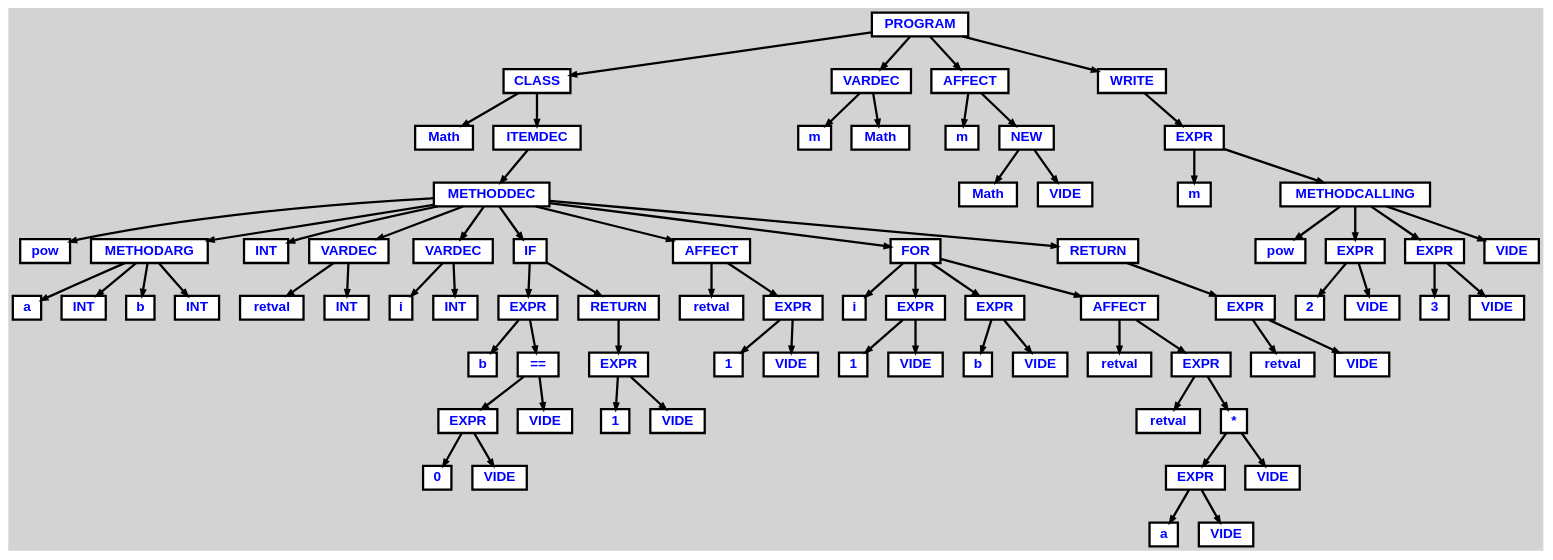
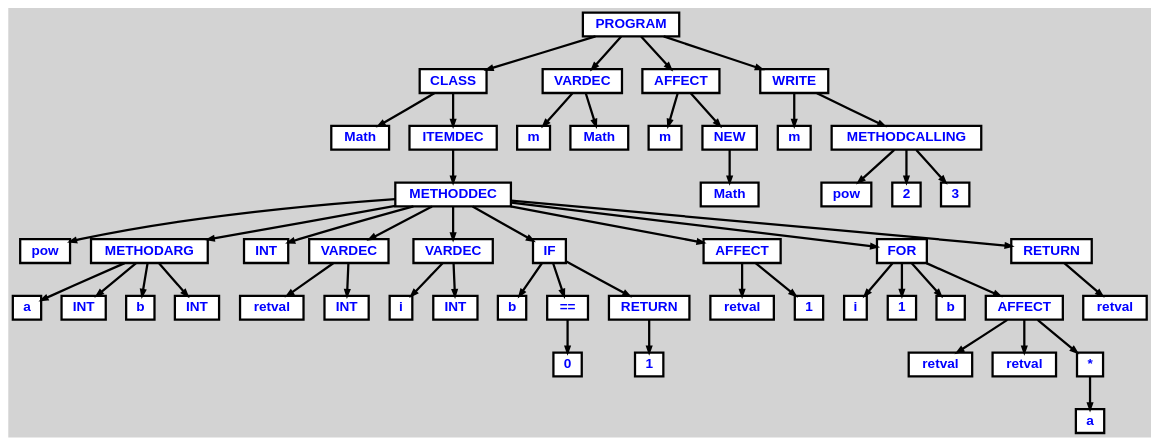
One commit to AOSauron/compiler-clooc changed the diagram in AST/ASTprog2.dot. Above: the diagram before and after it, drawn with Graphviz. The commit also changed other lines of this file and 6 other files, not shown here.

```diff
--- a/AST/ASTprog2.dot
+++ b/AST/ASTprog2.dot
@@ -1,193 +1,131 @@
 digraph {
 
 	ordering=out;
 	ranksep=.4;
 	bgcolor="lightgrey"; node [shape=box, fixedsize=false, fontsize=12, fontname="Helvetica-bold", fontcolor="blue"
 		width=.25, height=.25, color="black", fillcolor="white", style="filled, solid, bold"];
 	edge [arrowsize=.5, color="black", style="bold"]
 
   n0 [label="PROGRAM"];
   n1 [label="CLASS"];
   n1 [label="CLASS"];
   n2 [label="Math"];
   n3 [label="ITEMDEC"];
   n3 [label="ITEMDEC"];
   n4 [label="METHODDEC"];
   n4 [label="METHODDEC"];
   n5 [label="pow"];
   n6 [label="METHODARG"];
   n6 [label="METHODARG"];
   n7 [label="a"];
   n8 [label="INT"];
   n9 [label="b"];
   n10 [label="INT"];
   n11 [label="INT"];
   n12 [label="VARDEC"];
   n12 [label="VARDEC"];
   n13 [label="retval"];
   n14 [label="INT"];
   n15 [label="VARDEC"];
   n15 [label="VARDEC"];
   n16 [label="i"];
   n17 [label="INT"];
   n18 [label="IF"];
   n18 [label="IF"];
-  n19 [label="EXPR"];
-  n19 [label="EXPR"];
-  n20 [label="b"];
-  n21 [label="=="];
-  n21 [label="=="];
-  n22 [label="EXPR"];
-  n22 [label="EXPR"];
-  n23 [label="0"];
-  n24 [label="VIDE"];
-  n25 [label="VIDE"];
-  n26 [label="RETURN"];
-  n26 [label="RETURN"];
-  n27 [label="EXPR"];
-  n27 [label="EXPR"];
-  n28 [label="1"];
-  n29 [label="VIDE"];
-  n30 [label="AFFECT"];
-  n30 [label="AFFECT"];
-  n31 [label="retval"];
-  n32 [label="EXPR"];
-  n32 [label="EXPR"];
-  n33 [label="1"];
-  n34 [label="VIDE"];
-  n35 [label="FOR"];
-  n35 [label="FOR"];
-  n36 [label="i"];
-  n37 [label="EXPR"];
-  n37 [label="EXPR"];
-  n38 [label="1"];
-  n39 [label="VIDE"];
-  n40 [label="EXPR"];
-  n40 [label="EXPR"];
-  n41 [label="b"];
-  n42 [label="VIDE"];
-  n43 [label="AFFECT"];
-  n43 [label="AFFECT"];
-  n44 [label="retval"];
-  n45 [label="EXPR"];
-  n45 [label="EXPR"];
-  n46 [label="retval"];
-  n47 [label="*"];
-  n47 [label="*"];
-  n48 [label="EXPR"];
-  n48 [label="EXPR"];
-  n49 [label="a"];
-  n50 [label="VIDE"];
-  n51 [label="VIDE"];
-  n52 [label="RETURN"];
-  n52 [label="RETURN"];
-  n53 [label="EXPR"];
-  n53 [label="EXPR"];
-  n54 [label="retval"];
-  n55 [label="VIDE"];
-  n56 [label="VARDEC"];
-  n56 [label="VARDEC"];
-  n57 [label="m"];
-  n58 [label="Math"];
-  n59 [label="AFFECT"];
-  n59 [label="AFFECT"];
-  n60 [label="m"];
-  n61 [label="NEW"];
-  n61 [label="NEW"];
-  n62 [label="Math"];
-  n63 [label="VIDE"];
-  n64 [label="WRITE"];
-  n64 [label="WRITE"];
-  n65 [label="EXPR"];
-  n65 [label="EXPR"];
-  n66 [label="m"];
-  n67 [label="METHODCALLING"];
-  n67 [label="METHODCALLING"];
-  n68 [label="pow"];
-  n69 [label="EXPR"];
-  n69 [label="EXPR"];
-  n70 [label="2"];
-  n71 [label="VIDE"];
-  n72 [label="EXPR"];
-  n72 [label="EXPR"];
-  n73 [label="3"];
-  n74 [label="VIDE"];
-  n75 [label="VIDE"];
+  n19 [label="b"];
+  n20 [label="=="];
+  n20 [label="=="];
+  n21 [label="0"];
+  n22 [label="RETURN"];
+  n22 [label="RETURN"];
+  n23 [label="1"];
+  n24 [label="AFFECT"];
+  n24 [label="AFFECT"];
+  n25 [label="retval"];
+  n26 [label="1"];
+  n27 [label="FOR"];
+  n27 [label="FOR"];
+  n28 [label="i"];
+  n29 [label="1"];
+  n30 [label="b"];
+  n31 [label="AFFECT"];
+  n31 [label="AFFECT"];
+  n32 [label="retval"];
+  n33 [label="retval"];
+  n34 [label="*"];
+  n34 [label="*"];
+  n35 [label="a"];
+  n36 [label="RETURN"];
+  n36 [label="RETURN"];
+  n37 [label="retval"];
+  n38 [label="VARDEC"];
+  n38 [label="VARDEC"];
+  n39 [label="m"];
+  n40 [label="Math"];
+  n41 [label="AFFECT"];
+  n41 [label="AFFECT"];
+  n42 [label="m"];
+  n43 [label="NEW"];
+  n43 [label="NEW"];
+  n44 [label="Math"];
+  n45 [label="WRITE"];
+  n45 [label="WRITE"];
+  n46 [label="m"];
+  n47 [label="METHODCALLING"];
+  n47 [label="METHODCALLING"];
+  n48 [label="pow"];
+  n49 [label="2"];
+  n50 [label="3"];
 
   n0 -> n1 // "PROGRAM" -> "CLASS"
   n1 -> n2 // "CLASS" -> "Math"
   n1 -> n3 // "CLASS" -> "ITEMDEC"
   n3 -> n4 // "ITEMDEC" -> "METHODDEC"
   n4 -> n5 // "METHODDEC" -> "pow"
   n4 -> n6 // "METHODDEC" -> "METHODARG"
   n6 -> n7 // "METHODARG" -> "a"
   n6 -> n8 // "METHODARG" -> "INT"
   n6 -> n9 // "METHODARG" -> "b"
   n6 -> n10 // "METHODARG" -> "INT"
   n4 -> n11 // "METHODDEC" -> "INT"
   n4 -> n12 // "METHODDEC" -> "VARDEC"
   n12 -> n13 // "VARDEC" -> "retval"
   n12 -> n14 // "VARDEC" -> "INT"
   n4 -> n15 // "METHODDEC" -> "VARDEC"
   n15 -> n16 // "VARDEC" -> "i"
   n15 -> n17 // "VARDEC" -> "INT"
   n4 -> n18 // "METHODDEC" -> "IF"
-  n18 -> n19 // "IF" -> "EXPR"
-  n19 -> n20 // "EXPR" -> "b"
-  n19 -> n21 // "EXPR" -> "=="
-  n21 -> n22 // "==" -> "EXPR"
-  n22 -> n23 // "EXPR" -> "0"
-  n22 -> n24 // "EXPR" -> "VIDE"
-  n21 -> n25 // "==" -> "VIDE"
-  n18 -> n26 // "IF" -> "RETURN"
-  n26 -> n27 // "RETURN" -> "EXPR"
-  n27 -> n28 // "EXPR" -> "1"
-  n27 -> n29 // "EXPR" -> "VIDE"
-  n4 -> n30 // "METHODDEC" -> "AFFECT"
-  n30 -> n31 // "AFFECT" -> "retval"
-  n30 -> n32 // "AFFECT" -> "EXPR"
-  n32 -> n33 // "EXPR" -> "1"
-  n32 -> n34 // "EXPR" -> "VIDE"
-  n4 -> n35 // "METHODDEC" -> "FOR"
-  n35 -> n36 // "FOR" -> "i"
-  n35 -> n37 // "FOR" -> "EXPR"
-  n37 -> n38 // "EXPR" -> "1"
-  n37 -> n39 // "EXPR" -> "VIDE"
-  n35 -> n40 // "FOR" -> "EXPR"
-  n40 -> n41 // "EXPR" -> "b"
-  n40 -> n42 // "EXPR" -> "VIDE"
-  n35 -> n43 // "FOR" -> "AFFECT"
-  n43 -> n44 // "AFFECT" -> "retval"
-  n43 -> n45 // "AFFECT" -> "EXPR"
-  n45 -> n46 // "EXPR" -> "retval"
-  n45 -> n47 // "EXPR" -> "*"
-  n47 -> n48 // "*" -> "EXPR"
-  n48 -> n49 // "EXPR" -> "a"
-  n48 -> n50 // "EXPR" -> "VIDE"
-  n47 -> n51 // "*" -> "VIDE"
-  n4 -> n52 // "METHODDEC" -> "RETURN"
-  n52 -> n53 // "RETURN" -> "EXPR"
-  n53 -> n54 // "EXPR" -> "retval"
-  n53 -> n55 // "EXPR" -> "VIDE"
-  n0 -> n56 // "PROGRAM" -> "VARDEC"
-  n56 -> n57 // "VARDEC" -> "m"
-  n56 -> n58 // "VARDEC" -> "Math"
-  n0 -> n59 // "PROGRAM" -> "AFFECT"
-  n59 -> n60 // "AFFECT" -> "m"
-  n59 -> n61 // "AFFECT" -> "NEW"
-  n61 -> n62 // "NEW" -> "Math"
-  n61 -> n63 // "NEW" -> "VIDE"
-  n0 -> n64 // "PROGRAM" -> "WRITE"
-  n64 -> n65 // "WRITE" -> "EXPR"
-  n65 -> n66 // "EXPR" -> "m"
-  n65 -> n67 // "EXPR" -> "METHODCALLING"
-  n67 -> n68 // "METHODCALLING" -> "pow"
-  n67 -> n69 // "METHODCALLING" -> "EXPR"
-  n69 -> n70 // "EXPR" -> "2"
-  n69 -> n71 // "EXPR" -> "VIDE"
-  n67 -> n72 // "METHODCALLING" -> "EXPR"
-  n72 -> n73 // "EXPR" -> "3"
-  n72 -> n74 // "EXPR" -> "VIDE"
-  n67 -> n75 // "METHODCALLING" -> "VIDE"
+  n18 -> n19 // "IF" -> "b"
+  n18 -> n20 // "IF" -> "=="
+  n20 -> n21 // "==" -> "0"
+  n18 -> n22 // "IF" -> "RETURN"
+  n22 -> n23 // "RETURN" -> "1"
+  n4 -> n24 // "METHODDEC" -> "AFFECT"
+  n24 -> n25 // "AFFECT" -> "retval"
+  n24 -> n26 // "AFFECT" -> "1"
+  n4 -> n27 // "METHODDEC" -> "FOR"
+  n27 -> n28 // "FOR" -> "i"
+  n27 -> n29 // "FOR" -> "1"
+  n27 -> n30 // "FOR" -> "b"
+  n27 -> n31 // "FOR" -> "AFFECT"
+  n31 -> n32 // "AFFECT" -> "retval"
+  n31 -> n33 // "AFFECT" -> "retval"
+  n31 -> n34 // "AFFECT" -> "*"
+  n34 -> n35 // "*" -> "a"
+  n4 -> n36 // "METHODDEC" -> "RETURN"
+  n36 -> n37 // "RETURN" -> "retval"
+  n0 -> n38 // "PROGRAM" -> "VARDEC"
+  n38 -> n39 // "VARDEC" -> "m"
+  n38 -> n40 // "VARDEC" -> "Math"
+  n0 -> n41 // "PROGRAM" -> "AFFECT"
+  n41 -> n42 // "AFFECT" -> "m"
+  n41 -> n43 // "AFFECT" -> "NEW"
+  n43 -> n44 // "NEW" -> "Math"
+  n0 -> n45 // "PROGRAM" -> "WRITE"
+  n45 -> n46 // "WRITE" -> "m"
+  n45 -> n47 // "WRITE" -> "METHODCALLING"
+  n47 -> n48 // "METHODCALLING" -> "pow"
+  n47 -> n49 // "METHODCALLING" -> "2"
+  n47 -> n50 // "METHODCALLING" -> "3"
 
 }
```
